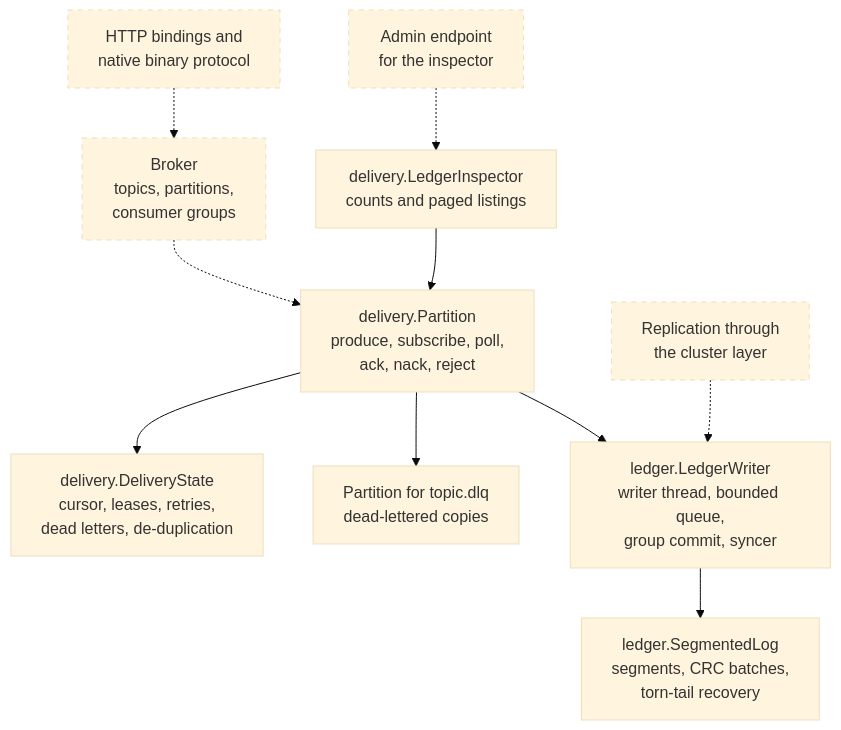
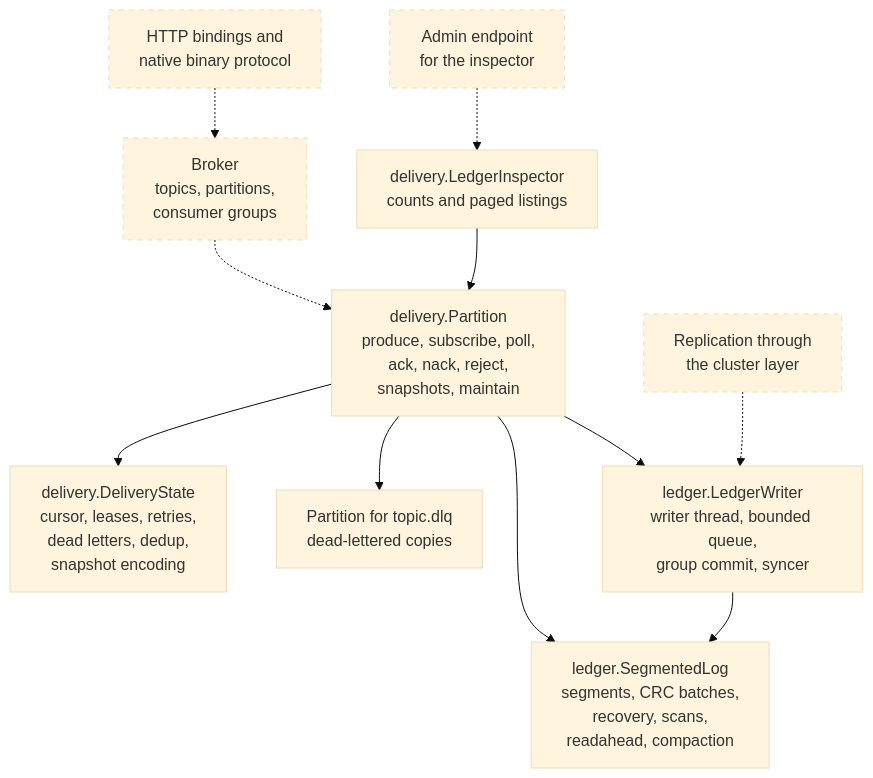
One commit to BlivionIaG/sjws_nettask changed the third of 3 diagrams in docs/messaging/design.md. Above: the diagram before and after it, drawn with Mermaid (base theme). The commit also changed other lines of this file and 14 other files, not shown here.

````diff
--- a/docs/messaging/design.md
+++ b/docs/messaging/design.md
@@ -177,26 +179,27 @@
 ```mermaid
 flowchart TB
     bind["HTTP bindings and<br/>native binary protocol"]
     adm["Admin endpoint<br/>for the inspector"]
     br["Broker<br/>topics, partitions,<br/>consumer groups"]
     insp["delivery.LedgerInspector<br/>counts and paged listings"]
-    part["delivery.Partition<br/>produce, subscribe, poll,<br/>ack, nack, reject"]
-    ds["delivery.DeliveryState<br/>cursor, leases, retries,<br/>dead letters, de-duplication"]
+    part["delivery.Partition<br/>produce, subscribe, poll,<br/>ack, nack, reject,<br/>snapshots, maintain"]
+    ds["delivery.DeliveryState<br/>cursor, leases, retries,<br/>dead letters, dedup,<br/>snapshot encoding"]
     dlq["Partition for topic.dlq<br/>dead-lettered copies"]
     lw["ledger.LedgerWriter<br/>writer thread, bounded queue,<br/>group commit, syncer"]
-    sl["ledger.SegmentedLog<br/>segments, CRC batches,<br/>torn-tail recovery"]
+    sl["ledger.SegmentedLog<br/>segments, CRC batches,<br/>recovery, scans,<br/>readahead, compaction"]
     rep["Replication through<br/>the cluster layer"]
 
     bind -.-> br
     br -.-> part
     adm -.-> insp
     insp --> part
     part --> ds
     part --> lw
+    part --> sl
     part --> dlq
     lw --> sl
     rep -.-> lw
 
     classDef design stroke-dasharray: 5 5
     class bind,adm,br,rep design
 ```
````
